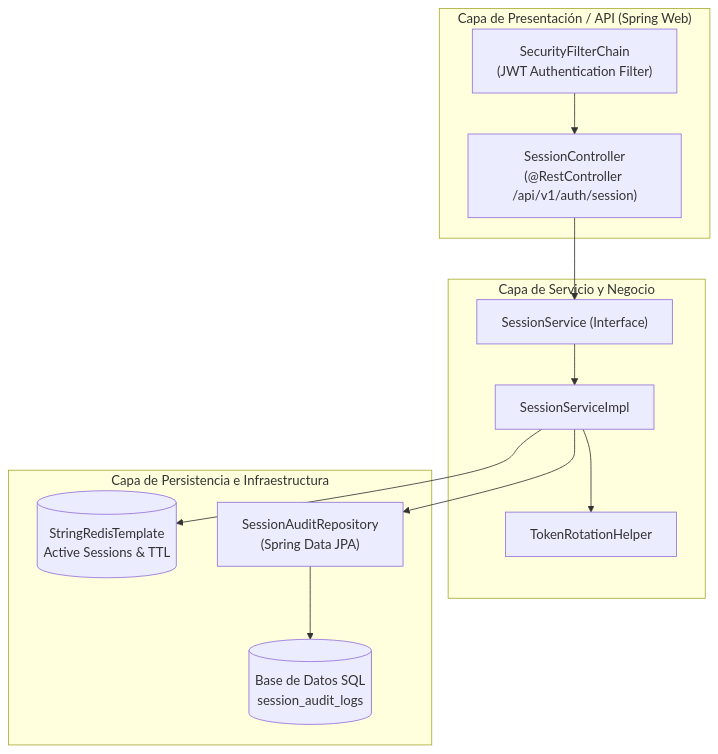
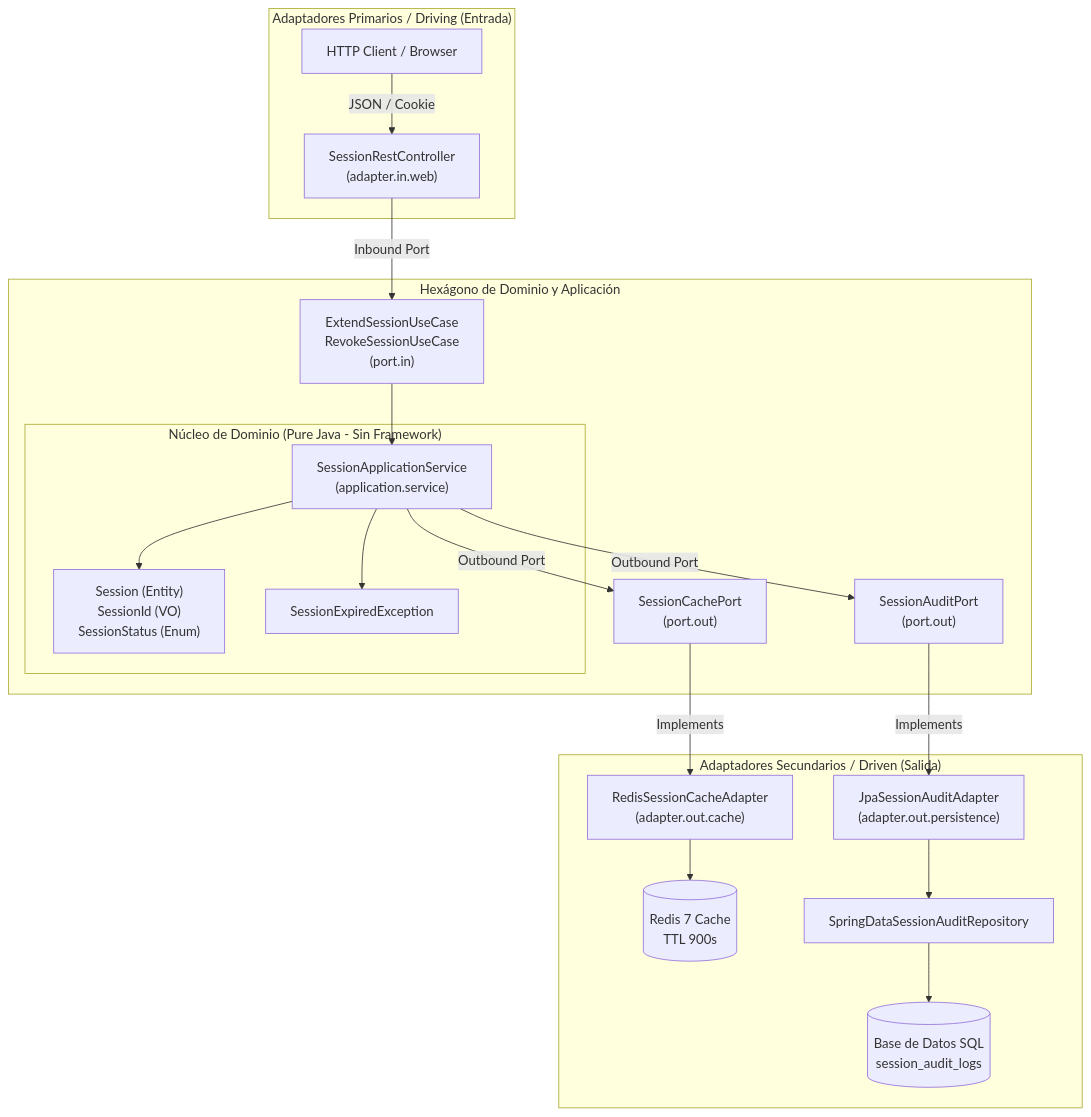
The first of 2 diagrams in .github/skills/sdlc-automation/examples/completed-cycle/diseño_java.md (statico-statico/test_skill_to_auto_sdlc2), drawn with Mermaid before and after one commit. The commit also changed other lines of this file and 4 other files, not shown here.

Commit message:
feat(java): enforce hexagonal architecture (ports and adapters) for java solutions

````diff
--- a/.github/skills/sdlc-automation/examples/completed-cycle/diseño_java.md
+++ b/.github/skills/sdlc-automation/examples/completed-cycle/diseño_java.md
@@ -13,20 +14,28 @@
 ```mermaid
 graph TD
-    subgraph "Capa de Presentación / API (Spring Web)"
-        SC["SessionController<br/>(@RestController /api/v1/auth/session)"]
-        AUTH["SecurityFilterChain<br/>(JWT Authentication Filter)"]
-        AUTH --> SC
+    subgraph "Adaptadores Primarios / Driving (Entrada)"
+        HTTP["HTTP Client / Browser"] -->|JSON / Cookie| REST["SessionRestController<br/>(adapter.in.web)"]
     end
 
-    subgraph "Capa de Servicio y Negocio"
-        SC --> SS["SessionService (Interface)"]
-        SS --> SSI["SessionServiceImpl"]
-        SSI --> TR["TokenRotationHelper"]
+    subgraph "Hexágono de Dominio y Aplicación"
+        REST -->|Inbound Port| IN_PORT["ExtendSessionUseCase<br/>RevokeSessionUseCase<br/>(port.in)"]
+        IN_PORT --> APP_SVC["SessionApplicationService<br/>(application.service)"]
+        
+        subgraph "Núcleo de Dominio (Pure Java - Sin Framework)"
+            APP_SVC --> DOM_SESSION["Session (Entity)<br/>SessionId (VO)<br/>SessionStatus (Enum)"]
+            APP_SVC --> DOM_EXC["SessionExpiredException"]
+        end
+
+        APP_SVC -->|Outbound Port| OUT_CACHE["SessionCachePort<br/>(port.out)"]
+        APP_SVC -->|Outbound Port| OUT_AUDIT["SessionAuditPort<br/>(port.out)"]
     end
 
-    subgraph "Capa de Persistencia e Infraestructura"
-        SSI --> RT[("StringRedisTemplate<br/>Active Sessions & TTL")]
-        SSI --> SAR["SessionAuditRepository<br/>(Spring Data JPA)"]
-        SAR --> SQLDB[("Base de Datos SQL<br/>session_audit_logs")]
+    subgraph "Adaptadores Secundarios / Driven (Salida)"
+        OUT_CACHE -->|Implements| REDIS_ADP["RedisSessionCacheAdapter<br/>(adapter.out.cache)"]
+        REDIS_ADP --> REDIS_DB[("Redis 7 Cache<br/>TTL 900s")]
+
+        OUT_AUDIT -->|Implements| JPA_ADP["JpaSessionAuditAdapter<br/>(adapter.out.persistence)"]
+        JPA_ADP --> SPRING_REPO["SpringDataSessionAuditRepository"]
+        SPRING_REPO --> SQL_DB[("Base de Datos SQL<br/>session_audit_logs")]
     end
 ```
````
